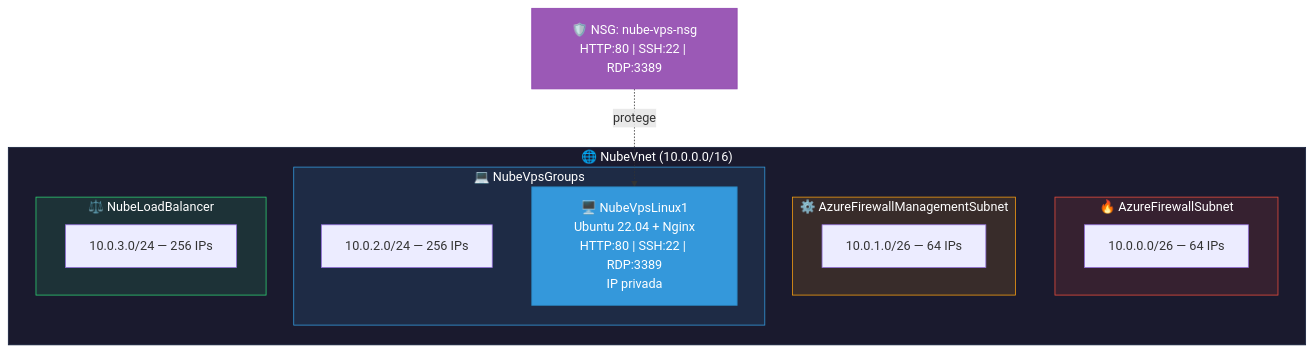
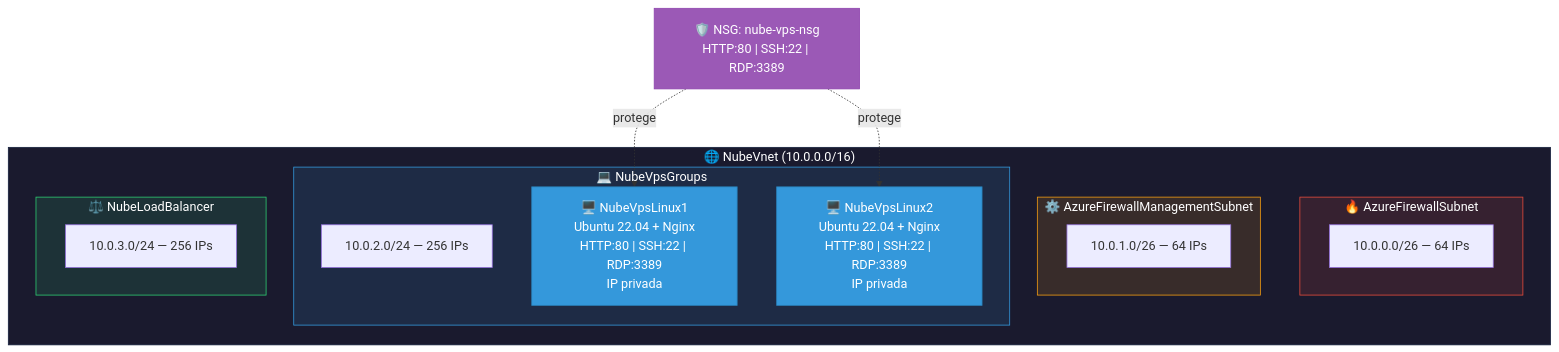
One commit to qwermk/Curso-Arquitectura-Nube changed the diagram in Firewall+Load_Balancer+Backup/README.md. Above: the diagram before and after it, drawn with Mermaid. The commit also changed other lines of this file and 1 other file, not shown here.

Commit message:
feat: agregar segunda VM NubeVpsLinux2 al script y actualizar README

````diff
--- a/Firewall+Load_Balancer+Backup/README.md
+++ b/Firewall+Load_Balancer+Backup/README.md
@@ -32,29 +34,32 @@
 ```mermaid
 graph TD
     subgraph VNET["🌐 NubeVnet (10.0.0.0/16)"]
         subgraph S1["🔥 AzureFirewallSubnet"]
             S1D["10.0.0.0/26 — 64 IPs"]
         end
         subgraph S2["⚙️ AzureFirewallManagementSubnet"]
             S2D["10.0.1.0/26 — 64 IPs"]
         end
         subgraph S3["💻 NubeVpsGroups"]
             S3D["10.0.2.0/24 — 256 IPs"]
             VM1["🖥️ NubeVpsLinux1\nUbuntu 22.04 + Nginx\nHTTP:80 | SSH:22 | RDP:3389\nIP privada"]
+            VM2["🖥️ NubeVpsLinux2\nUbuntu 22.04 + Nginx\nHTTP:80 | SSH:22 | RDP:3389\nIP privada"]
         end
         subgraph S4["⚖️ NubeLoadBalancer"]
             S4D["10.0.3.0/24 — 256 IPs"]
         end
     end
 
     NSG["🛡️ NSG: nube-vps-nsg\nHTTP:80 | SSH:22 | RDP:3389"]
     NSG -.->|protege| VM1
+    NSG -.->|protege| VM2
 
     style VNET fill:#1a1a2e,stroke:#16213e,color:#fff
     style S1 fill:#e74c3c22,stroke:#e74c3c,color:#fff
     style S2 fill:#f39c1222,stroke:#f39c12,color:#fff
     style S3 fill:#3498db22,stroke:#3498db,color:#fff
     style S4 fill:#2ecc7122,stroke:#2ecc71,color:#fff
     style VM1 fill:#3498db,stroke:#2980b9,color:#fff
+    style VM2 fill:#3498db,stroke:#2980b9,color:#fff
     style NSG fill:#9b59b6,stroke:#8e44ad,color:#fff
 ```
````
